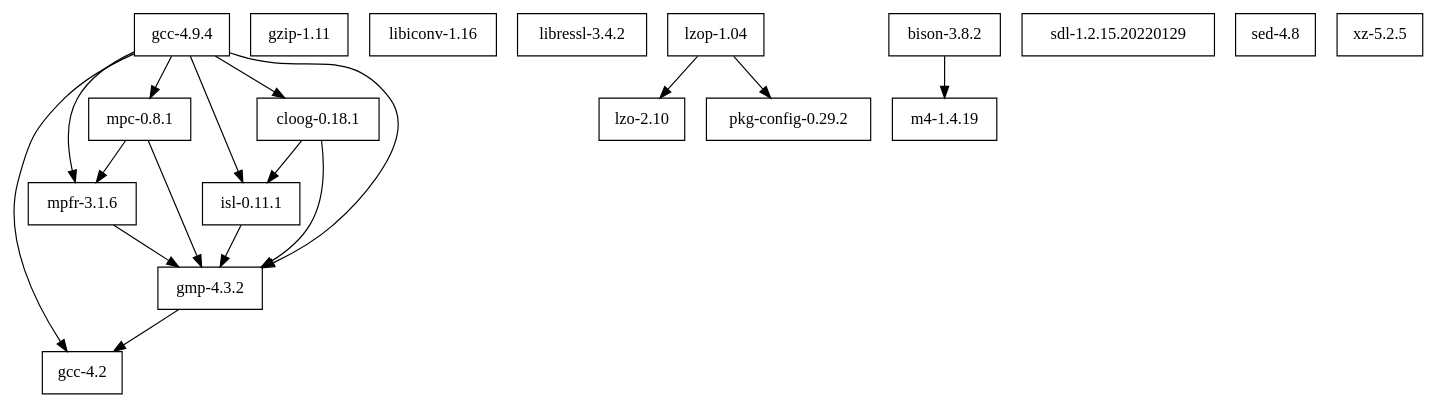
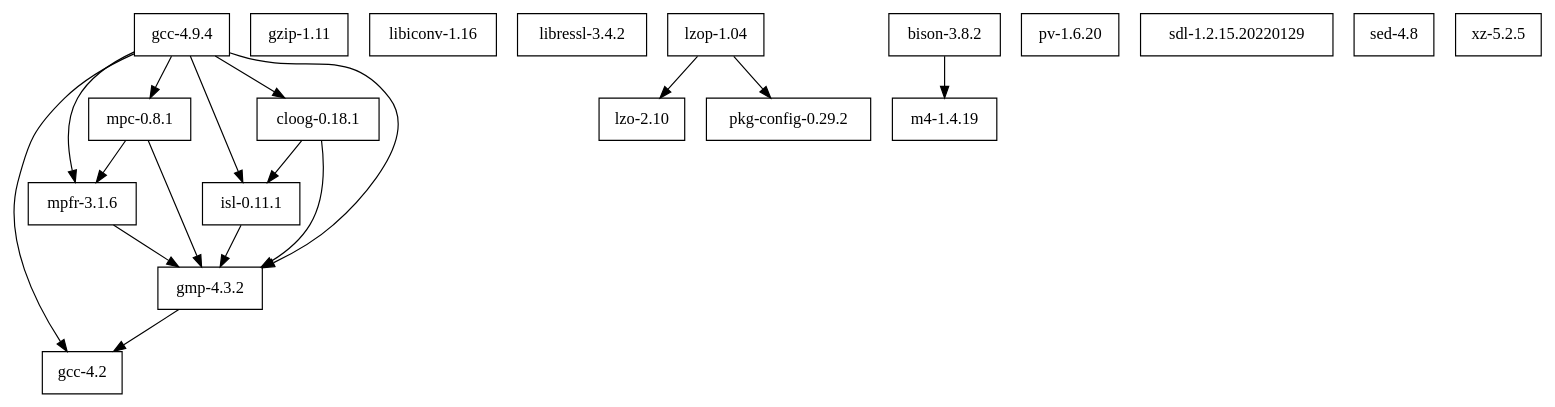
The diagram in tigersh/deps/dependencies.dot (cellularmitosis/leopard.sh), drawn with Graphviz before and after one commit. The commit also changed 15 other files, not shown here.

```diff
--- a/tigersh/deps/dependencies.dot
+++ b/tigersh/deps/dependencies.dot
@@ -1,36 +1,37 @@
 digraph mygraph {
 node [shape=box];
 
 "gcc-4.2"
 "gzip-1.11"
 "libiconv-1.16"
 "libressl-3.4.2"
 "lzo-2.10"
 "m4-1.4.19"
 "pkg-config-0.29.2"
+"pv-1.6.20"
 "sdl-1.2.15.20220129"
 "sed-4.8"
 "xz-5.2.5"
 
 "bison-3.8.2" -> "m4-1.4.19"
 "gmp-4.3.2" -> "gcc-4.2"
 "lzop-1.04" -> "pkg-config-0.29.2"
 "lzop-1.04" -> "lzo-2.10"
 
 "mpfr-3.1.6" -> "gmp-4.3.2"
 "isl-0.11.1" -> "gmp-4.3.2"
 
 "mpc-0.8.1" -> "gmp-4.3.2"
 "mpc-0.8.1" -> "mpfr-3.1.6"
 
 "cloog-0.18.1" -> "gmp-4.3.2"
 "cloog-0.18.1" -> "isl-0.11.1"
 
 "gcc-4.9.4" -> "gcc-4.2"
 "gcc-4.9.4" -> "gmp-4.3.2"
 "gcc-4.9.4" -> "mpfr-3.1.6"
 "gcc-4.9.4" -> "mpc-0.8.1"
 "gcc-4.9.4" -> "isl-0.11.1"
 "gcc-4.9.4" -> "cloog-0.18.1"
 
 }
```
